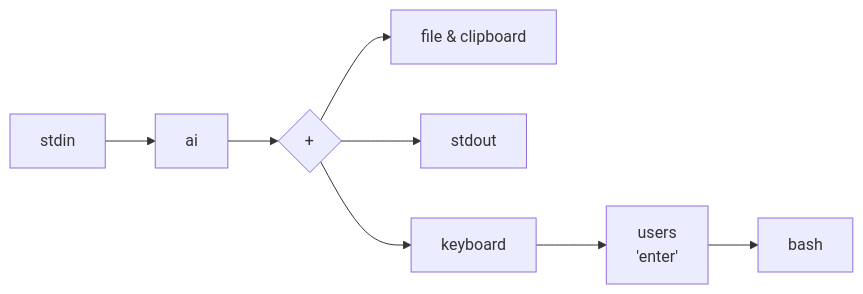
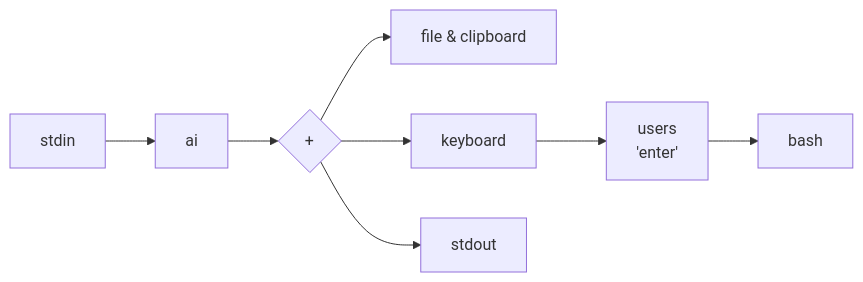
One commit to johnthesmith/ai-cli changed the first of 2 diagrams in README.md. Above: the diagram before and after it, drawn with Mermaid. The commit also changed other lines of this file, not shown here.

Commit message:
mermaid update

````diff
--- a/README.md
+++ b/README.md
@@ -37,8 +38,8 @@
 ```mermaid
-flowchart LR
+flowchart LR    
     gate{+}
     buffer[file & clipboard] 
     user[users \n 'enter']
-    stdin --> ai --> gate--> stdout & keyboard & buffer
     keyboard --> user --> bash
+    stdin --> ai --> gate--> keyboard & buffer & stdout
 ```
````
